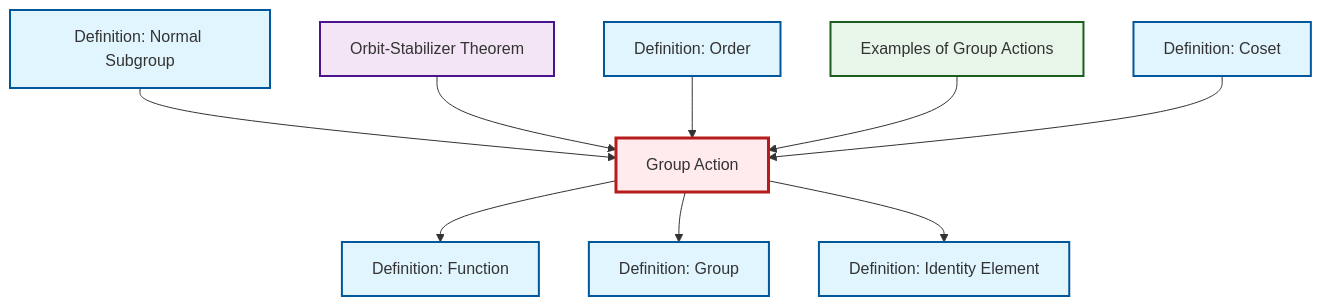
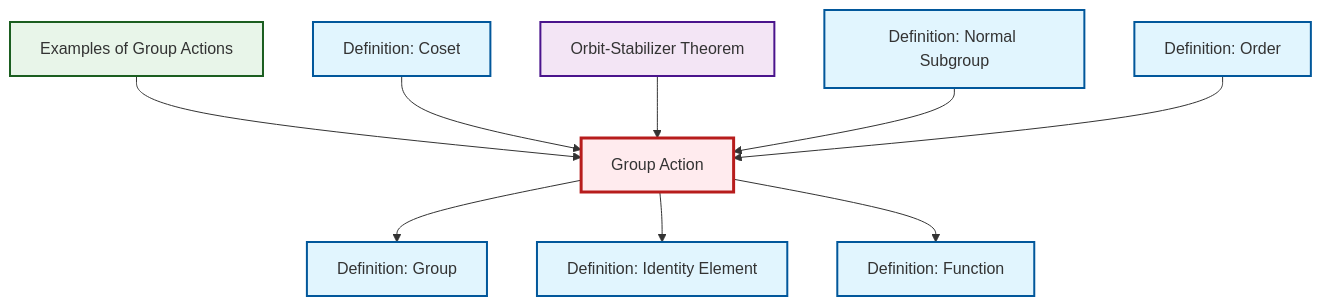
One commit to RK0429/ModernMath changed the diagram in content/ja/algebra/def-group-action.qmd. Above: the diagram before and after it, drawn with Mermaid. The commit also changed other lines of this file and 654 other files, not shown here.

````diff
--- a/content/ja/algebra/def-group-action.qmd
+++ b/content/ja/algebra/def-group-action.qmd
@@ -62,35 +62,35 @@
 ```{mermaid}
 %%| fig-cap: "Local dependency graph"
 graph TD
     classDef definition fill:#e1f5fe,stroke:#01579b,stroke-width:2px
     classDef theorem fill:#f3e5f5,stroke:#4a148c,stroke-width:2px
     classDef axiom fill:#fff3e0,stroke:#e65100,stroke-width:2px
     classDef example fill:#e8f5e9,stroke:#1b5e20,stroke-width:2px
     classDef current fill:#ffebee,stroke:#b71c1c,stroke-width:3px
+    def-coset["Definition: Coset"]:::definition
     def-group["Definition: Group"]:::definition
-    thm-orbit-stabilizer["Orbit-Stabilizer Theorem"]:::theorem
-    def-normal-subgroup["Definition: Normal Subgroup"]:::definition
     def-order["Definition: Order"]:::definition
     def-function["Definition: Function"]:::definition
+    thm-orbit-stabilizer["Orbit-Stabilizer Theorem"]:::theorem
+    def-identity-element["Definition: Identity Element"]:::definition
+    ex-group-action-examples["Examples of Group Actions"]:::example
+    def-normal-subgroup["Definition: Normal Subgroup"]:::definition
     def-group-action["Group Action"]:::definition
-    ex-group-action-examples["Examples of Group Actions"]:::example
-    def-identity-element["Definition: Identity Element"]:::definition
-    def-coset["Definition: Coset"]:::definition
-    def-group-action --> def-function
+    ex-group-action-examples --> def-group-action
+    def-coset --> def-group-action
+    def-group-action --> def-group
+    thm-orbit-stabilizer --> def-group-action
     def-normal-subgroup --> def-group-action
-    thm-orbit-stabilizer --> def-group-action
-    def-group-action --> def-group
     def-order --> def-group-action
     def-group-action --> def-identity-element
-    ex-group-action-examples --> def-group-action
-    def-coset --> def-group-action
+    def-group-action --> def-function
     class def-group-action current
+    click def-coset "def-coset.html" "Definition: Cosetへ"
     click def-group "def-group.html" "Definition: Groupへ"
-    click thm-orbit-stabilizer "thm-orbit-stabilizer.html" "Orbit-Stabilizer Theoremへ"
-    click def-normal-subgroup "def-normal-subgroup.html" "Definition: Normal Subgroupへ"
     click def-order "def-order.html" "Definition: Orderへ"
     click def-function "def-function.html" "Definition: Functionへ"
+    click thm-orbit-stabilizer "thm-orbit-stabilizer.html" "Orbit-Stabilizer Theoremへ"
+    click def-identity-element "def-identity-element.html" "Definition: Identity Elementへ"
     click ex-group-action-examples "ex-group-action-examples.html" "Examples of Group Actionsへ"
-    click def-identity-element "def-identity-element.html" "Definition: Identity Elementへ"
-    click def-coset "def-coset.html" "Definition: Cosetへ"
+    click def-normal-subgroup "def-normal-subgroup.html" "Definition: Normal Subgroupへ"
 ```
````
